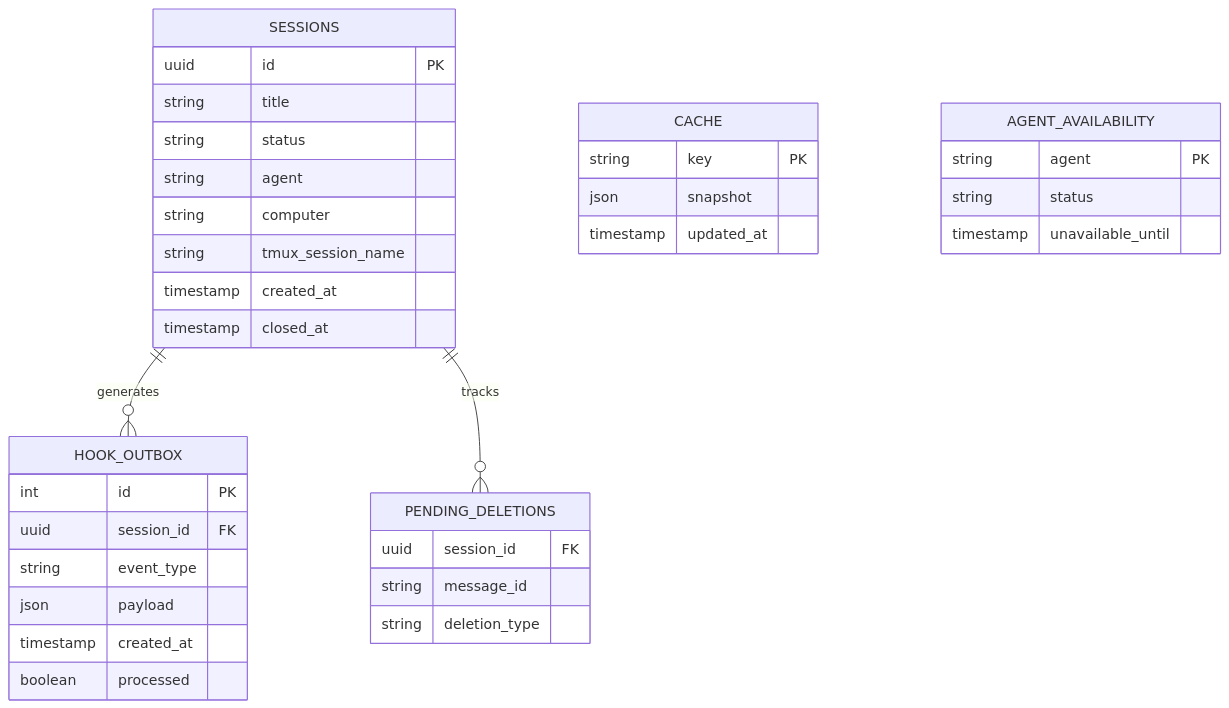
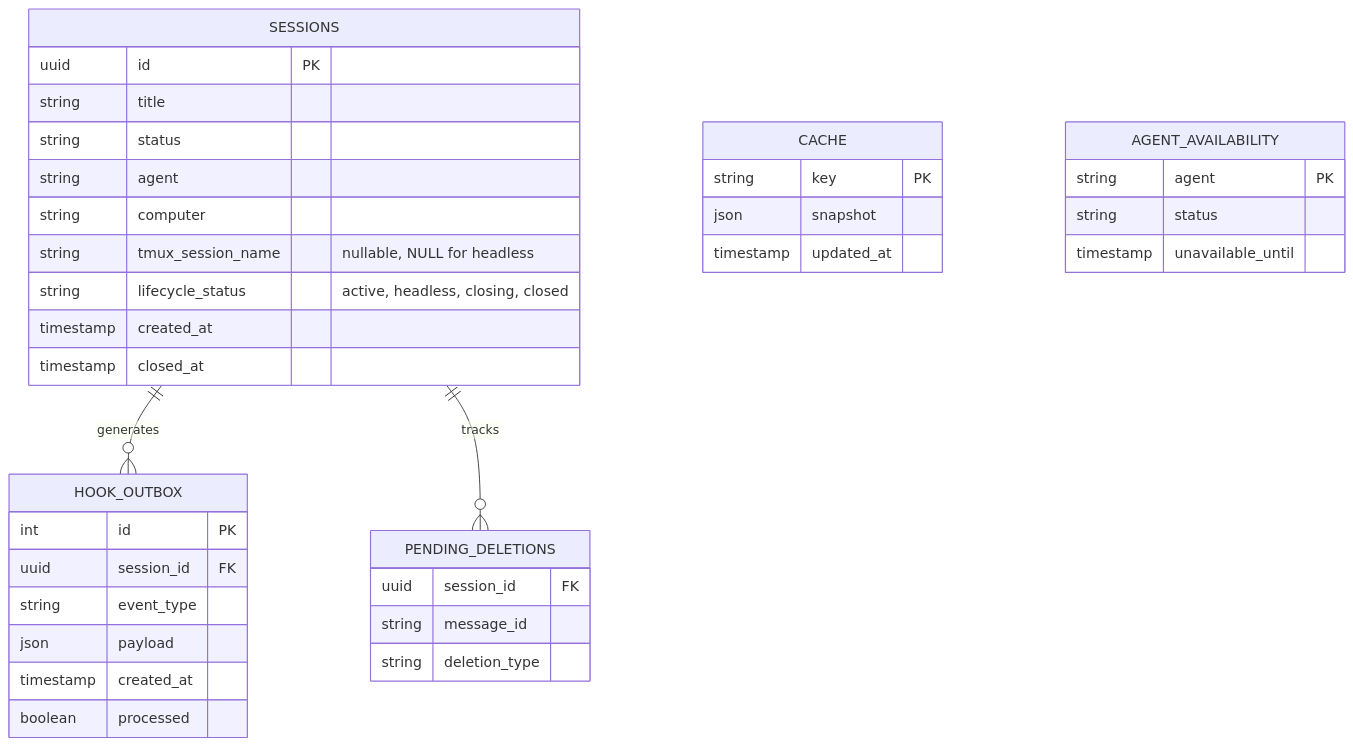
One commit to InstruktAI/TeleClaude changed the first of 3 diagrams in docs/project/architecture/database.md. Above: the diagram before and after it, drawn with Mermaid. The commit also changed 48 other files, not shown here.

````diff
--- a/docs/project/architecture/database.md
+++ b/docs/project/architecture/database.md
@@ -26,39 +26,40 @@
 ```mermaid
 erDiagram
     SESSIONS {
         uuid id PK
         string title
         string status
         string agent
         string computer
-        string tmux_session_name
+        string tmux_session_name "nullable, NULL for headless"
+        string lifecycle_status "active, headless, closing, closed"
         timestamp created_at
         timestamp closed_at
     }
     HOOK_OUTBOX {
         int id PK
         uuid session_id FK
         string event_type
         json payload
         timestamp created_at
         boolean processed
     }
     PENDING_DELETIONS {
         uuid session_id FK
         string message_id
         string deletion_type
     }
     CACHE {
         string key PK
         json snapshot
         timestamp updated_at
     }
     AGENT_AVAILABILITY {
         string agent PK
         string status
         timestamp unavailable_until
     }
 
     SESSIONS ||--o{ HOOK_OUTBOX : "generates"
     SESSIONS ||--o{ PENDING_DELETIONS : "tracks"
 ```
````
